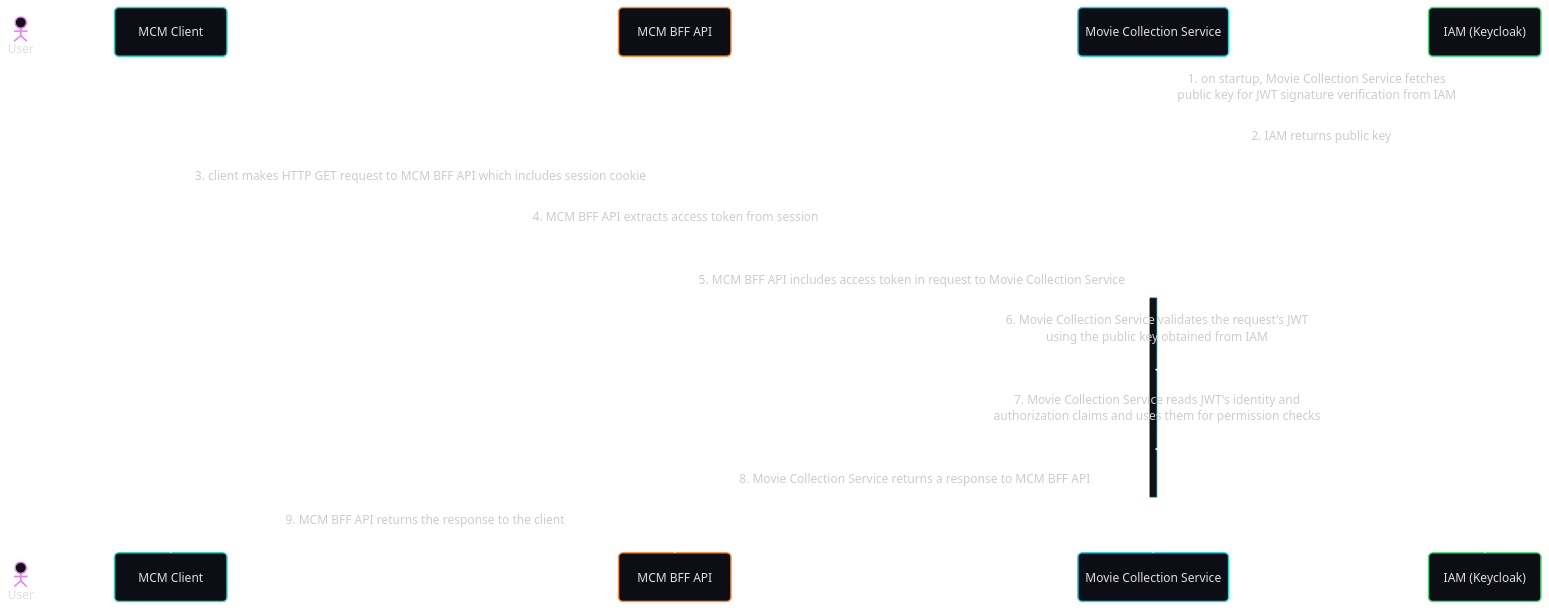
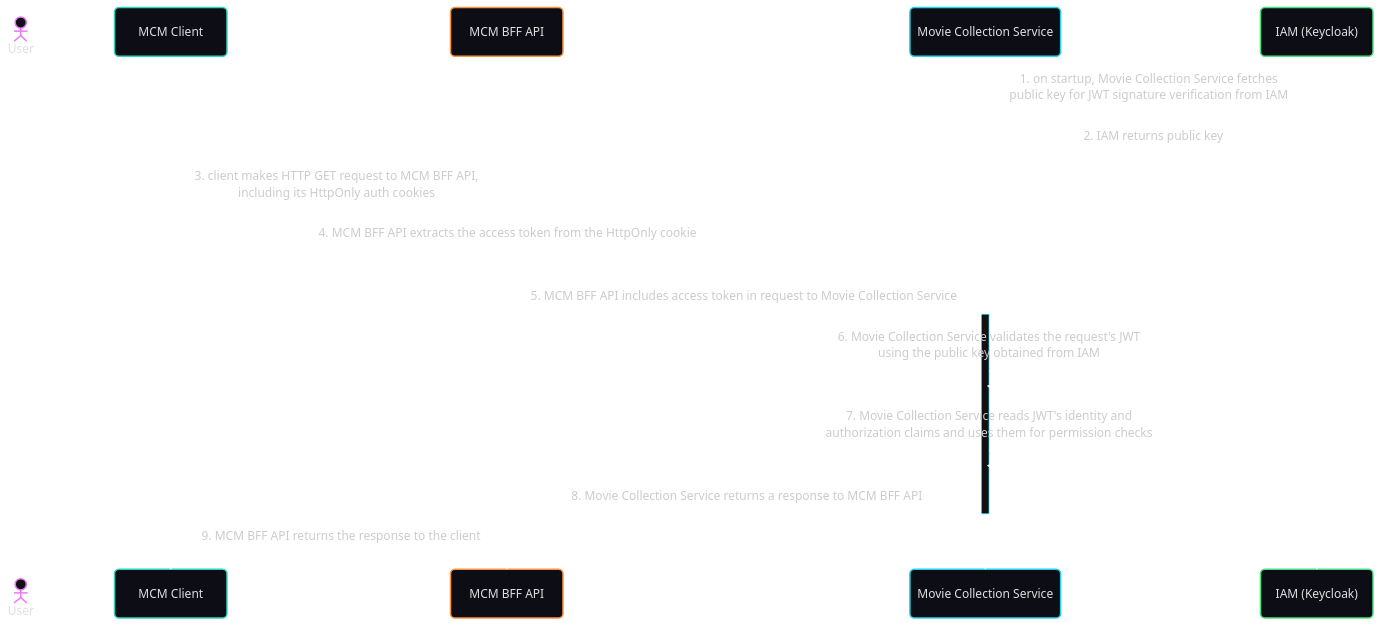
Before and after one commit to jumbleknot/MovieCollectionManager: the fourth of 5 diagrams in docs/MCM-Architecture.md, drawn with Mermaid. The commit also changed other lines of this file and 1 other file, not shown here.

Commit message:
auth flow updates

````diff
--- a/docs/MCM-Architecture.md
+++ b/docs/MCM-Architecture.md
@@ -458,25 +458,25 @@
 ```mermaid
 ---
 config:
   theme: redux-dark-color
   look: neo
 ---
 sequenceDiagram
   actor User
   participant Client as MCM Client
   participant BFF as MCM BFF API
   participant Backend as Movie Collection Service
   participant IAM as IAM (Keycloak)
 
   Backend->>IAM: 1. on startup, Movie Collection Service fetches<br/>public key for JWT signature verification from IAM
   IAM-->>Backend: 2. IAM returns public key
-  Client->>BFF: 3. client makes HTTP GET request to MCM BFF API which includes session cookie
-  BFF->>BFF: 4. MCM BFF API extracts access token from session
+  Client->>BFF: 3. client makes HTTP GET request to MCM BFF API,<br/>including its HttpOnly auth cookies
+  BFF->>BFF: 4. MCM BFF API extracts the access token from the HttpOnly cookie
   BFF->>Backend: 5. MCM BFF API includes access token in request to Movie Collection Service
   activate Backend
   Backend->>Backend: 6. Movie Collection Service validates the request's JWT<br/>using the public key obtained from IAM
   Backend->>Backend: 7. Movie Collection Service reads JWT's identity and<br/>authorization claims and uses them for permission checks
   Backend-->>BFF: 8. Movie Collection Service returns a response to MCM BFF API
   deactivate Backend
   BFF-->>Client: 9. MCM BFF API returns the response to the client
 ```
````
